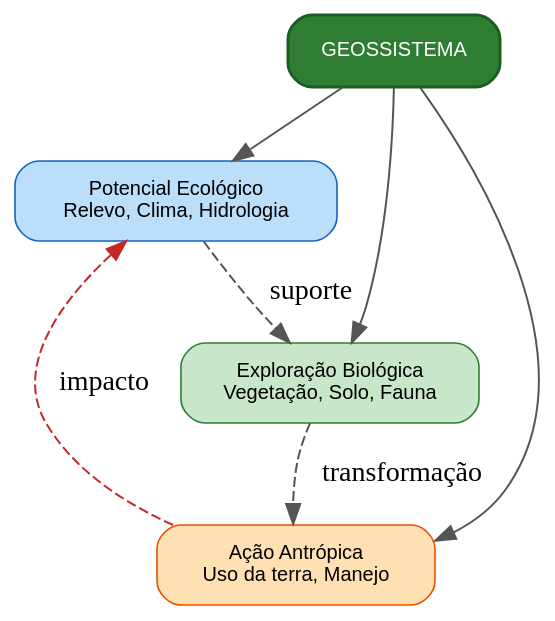
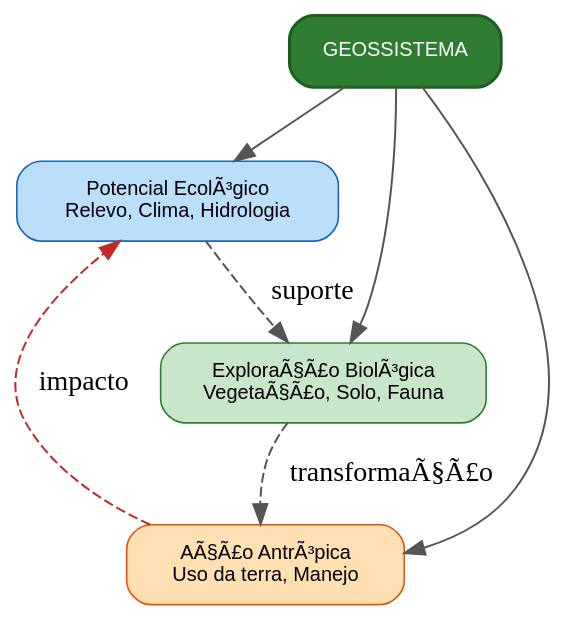
Before and after one commit to ldvsantos/cv: the diagram in aulas/analise_paisagem/aulas/dominios_paisagens_tropicais/dominios_paisagens_tropicais.qmd, drawn with Graphviz. The commit also changed other lines of this file and 466 other files, not shown here.

````diff
--- a/aulas/analise_paisagem/aulas/dominios_paisagens_tropicais/dominios_paisagens_tropicais.qmd
+++ b/aulas/analise_paisagem/aulas/dominios_paisagens_tropicais/dominios_paisagens_tropicais.qmd
@@ -95,22 +93,22 @@
 ```{dot}
-//| fig-cap: "Modelo do Geossistema segundo Bertrand (1971): tripé funcional."
+//| fig-cap: "Modelo do Geossistema segundo Bertrand (1971): tripÃ© funcional."
 //| fig-width: 7
 digraph {
     rankdir=TB
     bgcolor="transparent"
     node [shape=box, style="rounded,filled", fontname="Helvetica", fontsize=10, margin="0.25,0.12", penwidth=0.8]
     edge [color="#555555", penwidth=1.0]
 
     G [label="GEOSSISTEMA", fillcolor="#2E7D32", fontcolor="white", color="#1B5E20", penwidth=1.5]
-    PE [label="Potencial Ecológico\nRelevo, Clima, Hidrologia", fillcolor="#BBDEFB", color="#1565C0"]
-    EB [label="Exploração Biológica\nVegetação, Solo, Fauna", fillcolor="#C8E6C9", color="#2E7D32"]
-    AA [label="Ação Antrópica\nUso da terra, Manejo", fillcolor="#FFE0B2", color="#E65100"]
+    PE [label="Potencial EcolÃ³gico\nRelevo, Clima, Hidrologia", fillcolor="#BBDEFB", color="#1565C0"]
+    EB [label="ExploraÃ§Ã£o BiolÃ³gica\nVegetaÃ§Ã£o, Solo, Fauna", fillcolor="#C8E6C9", color="#2E7D32"]
+    AA [label="AÃ§Ã£o AntrÃ³pica\nUso da terra, Manejo", fillcolor="#FFE0B2", color="#E65100"]
 
     G -> PE
     G -> EB
     G -> AA
     PE -> EB [label="suporte", style=dashed]
-    EB -> AA [label="transformação", style=dashed]
+    EB -> AA [label="transformaÃ§Ã£o", style=dashed]
     AA -> PE [label="impacto", style=dashed, color="#C62828"]
 }
 ```
````
